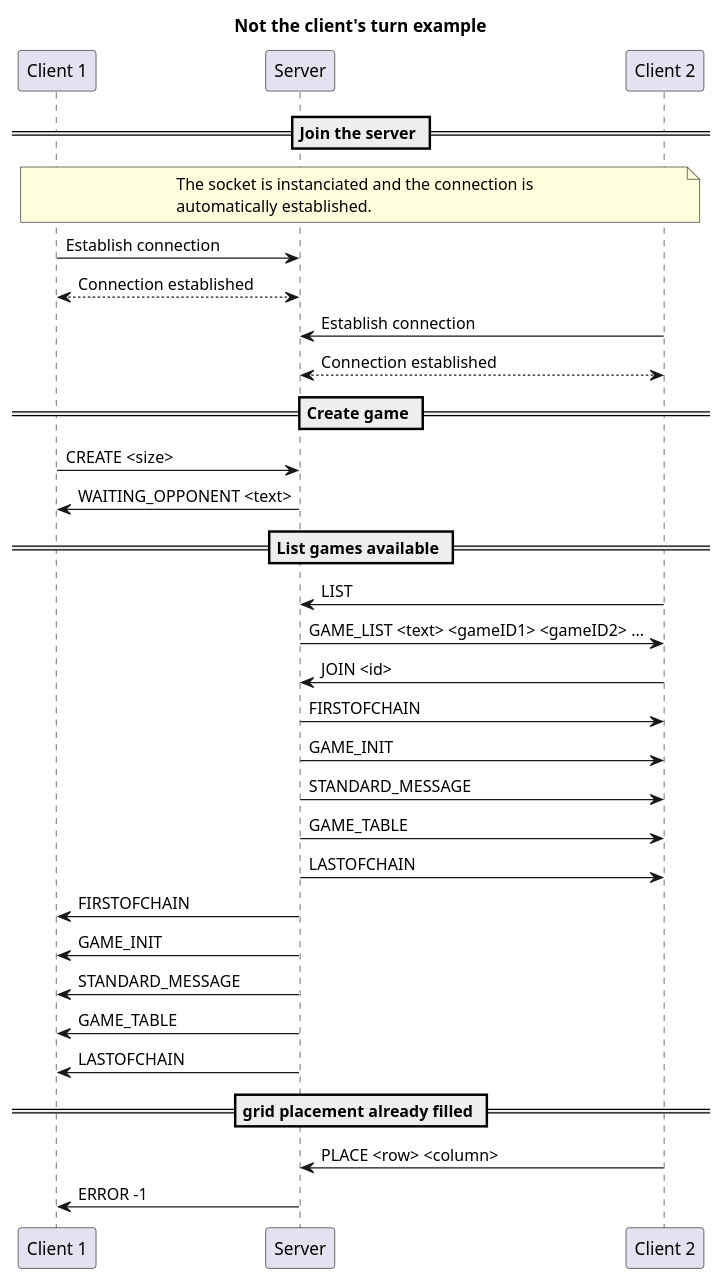
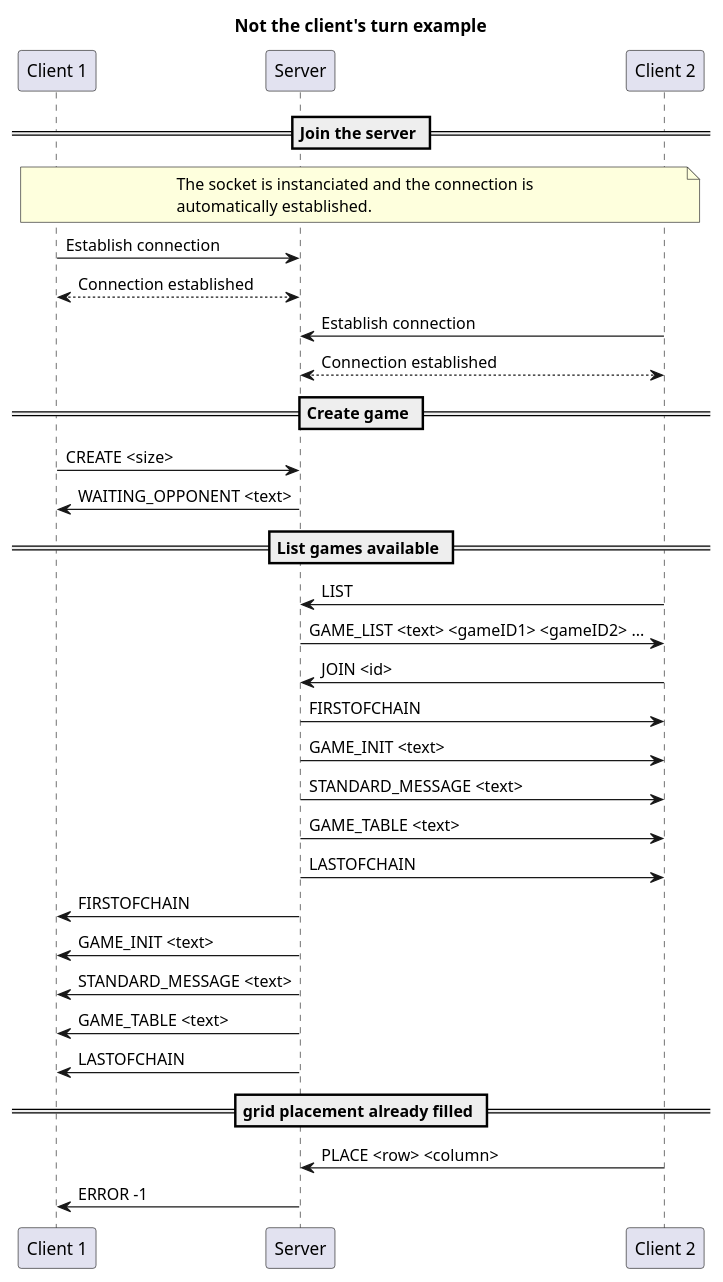
The diagram in doc/diagrams/not_turn.puml (AlexB-HEIG/DAI-Practical-work-2), drawn with PlantUML before and after one commit. The commit also changed 13 other files, not shown here.

Commit message:
add missing arguments to diagram

```diff
--- a/doc/diagrams/not_turn.puml
+++ b/doc/diagrams/not_turn.puml
@@ -1,53 +1,53 @@
 @startuml
 
 title "Not the client's turn example"
 
 participant "Client 1" as c1
 participant "Server" as s
 participant "Client 2" as c2
 
 == Join the server ==
 
 note over c1, c2
 The socket is instanciated and the connection is
 automatically established.
 end note
 
 c1->s : Establish connection
 c1<-->s : Connection established
 
 c2->s : Establish connection
 c2<-->s : Connection established
 
 
 == Create game ==
 
 c1->s: CREATE <size>
 s->c1: WAITING_OPPONENT <text>
 
 == List games available ==
 
 c2->s: LIST
 s->c2: GAME_LIST <text> <gameID1> <gameID2> ...
 
 c2->s: JOIN <id>
 
 s->c2: FIRSTOFCHAIN
-s->c2: GAME_INIT
-s->c2: STANDARD_MESSAGE
-s->c2: GAME_TABLE
+s->c2: GAME_INIT <text>
+s->c2: STANDARD_MESSAGE <text>
+s->c2: GAME_TABLE <text>
 s->c2: LASTOFCHAIN
 
 s->c1: FIRSTOFCHAIN
-s->c1: GAME_INIT
-s->c1: STANDARD_MESSAGE
-s->c1: GAME_TABLE
+s->c1: GAME_INIT <text>
+s->c1: STANDARD_MESSAGE <text>
+s->c1: GAME_TABLE <text>
 s->c1: LASTOFCHAIN
 
 == grid placement already filled ==
 c2->s: PLACE <row> <column>
 s->c1: ERROR -1
 
 
 
 @enduml
```
